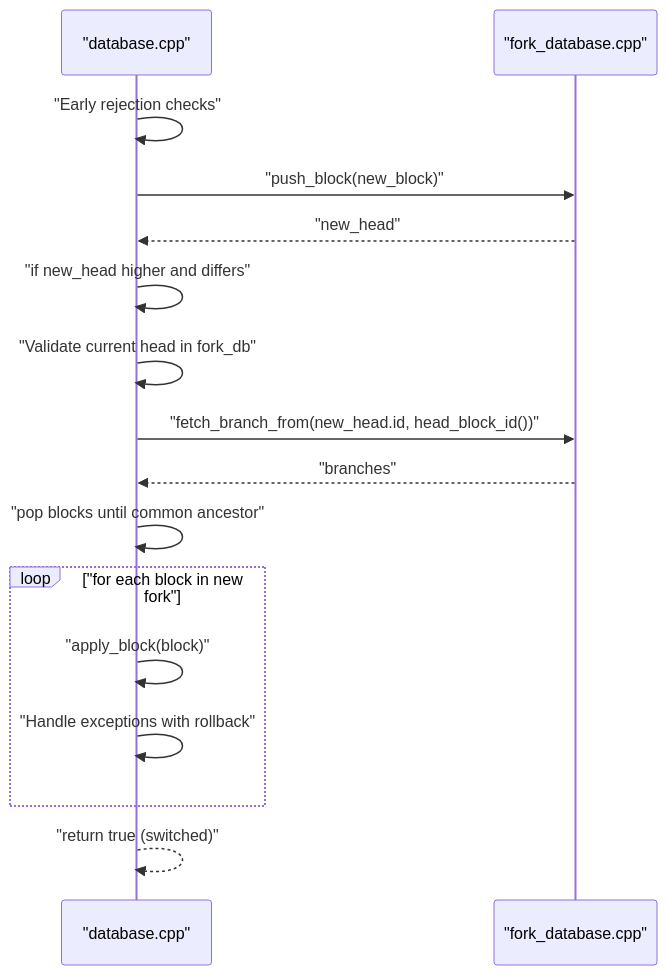
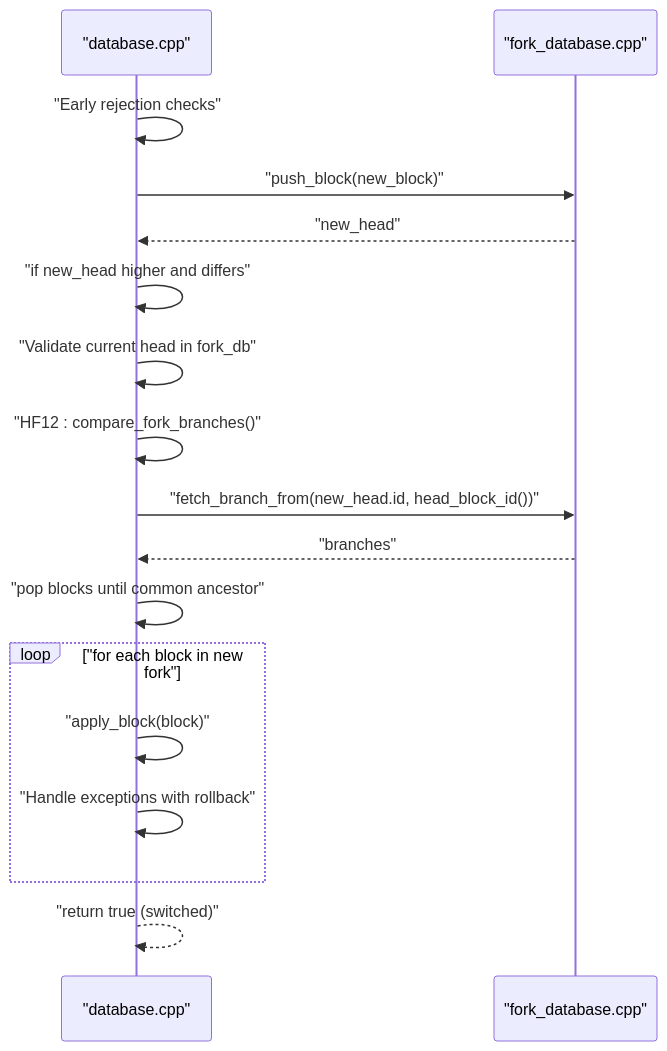
The seventh of 16 diagrams in .qoder/repowiki/en/content/Architecture Overview/Core Libraries/Chain Library/Fork Resolution and Consensus.md (VIZ-Blockchain/viz-cpp-node), drawn with Mermaid before and after one commit. The commit also changed other lines of this file and 9 other files, not shown here.

````diff
--- a/.qoder/repowiki/en/content/Architecture Overview/Core Libraries/Chain Library/Fork Resolution and Consensus.md
+++ b/.qoder/repowiki/en/content/Architecture Overview/Core Libraries/Chain Library/Fork Resolution and Consensus.md
@@ -344,18 +368,19 @@
 ```mermaid
 sequenceDiagram
 participant DB as "database.cpp"
 participant FDB as "fork_database.cpp"
 DB->>DB : "Early rejection checks"
 DB->>FDB : "push_block(new_block)"
 FDB-->>DB : "new_head"
 DB->>DB : "if new_head higher and differs"
 DB->>DB : "Validate current head in fork_db"
+DB->>DB : "HF12 : compare_fork_branches()"
 DB->>FDB : "fetch_branch_from(new_head.id, head_block_id())"
 FDB-->>DB : "branches"
 DB->>DB : "pop blocks until common ancestor"
 loop "for each block in new fork"
 DB->>DB : "apply_block(block)"
 DB->>DB : "Handle exceptions with rollback"
 end
 DB-->>DB : "return true (switched)"
 ```
````
